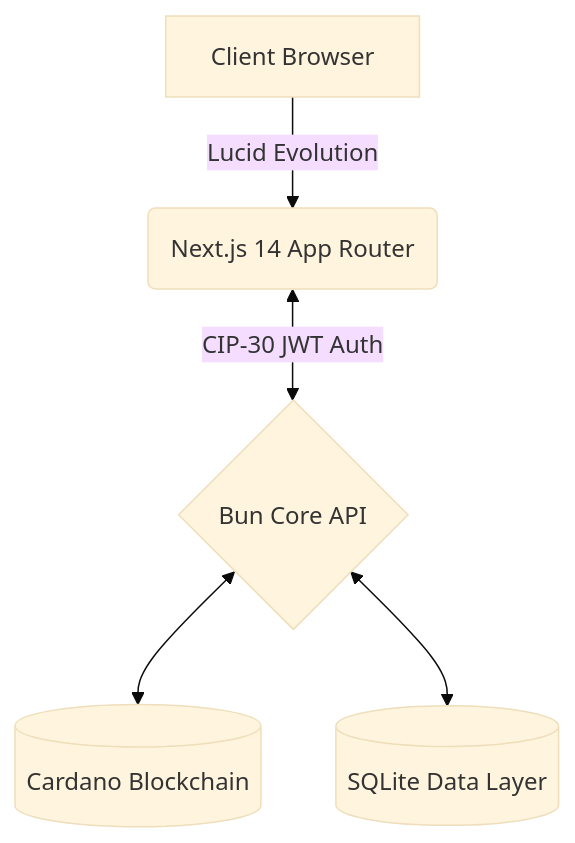
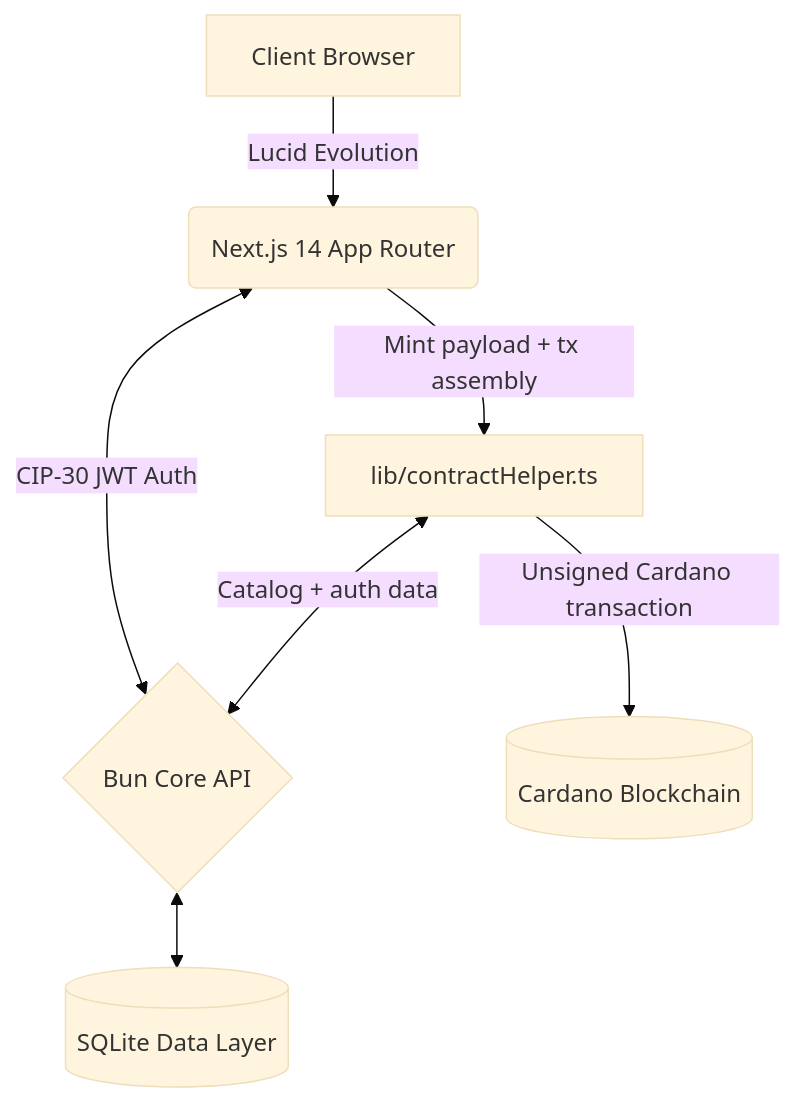
One commit to IanoNjuguna/bookish-worm changed the diagram in frontend/marketplace/README.md. Above: the diagram before and after it, drawn with Mermaid (base theme). The commit also changed other lines of this file and 39 other files, not shown here.

````diff
--- a/frontend/marketplace/README.md
+++ b/frontend/marketplace/README.md
@@ -21,7 +20,9 @@
 ```mermaid
 graph TD
-    A[Client Browser] -->|Lucid Evolution| B(Next.js 14 App Router)
-    B <-->|CIP-30 JWT Auth| C{Bun Core API}
-    C<--> E[(Cardano Blockchain)]
-    C <--> D[(SQLite Data Layer)]
+   A[Client Browser] -->|Lucid Evolution| B(Next.js 14 App Router)
+   B -->|Mint payload + tx assembly| D[lib/contractHelper.ts]
+   B <-->|CIP-30 JWT Auth| C{Bun Core API}
+   D <-->|Catalog + auth data| C
+   C <--> E[(SQLite Data Layer)]
+   D -->|Unsigned Cardano transaction| F[(Cardano Blockchain)]
 ```
````
